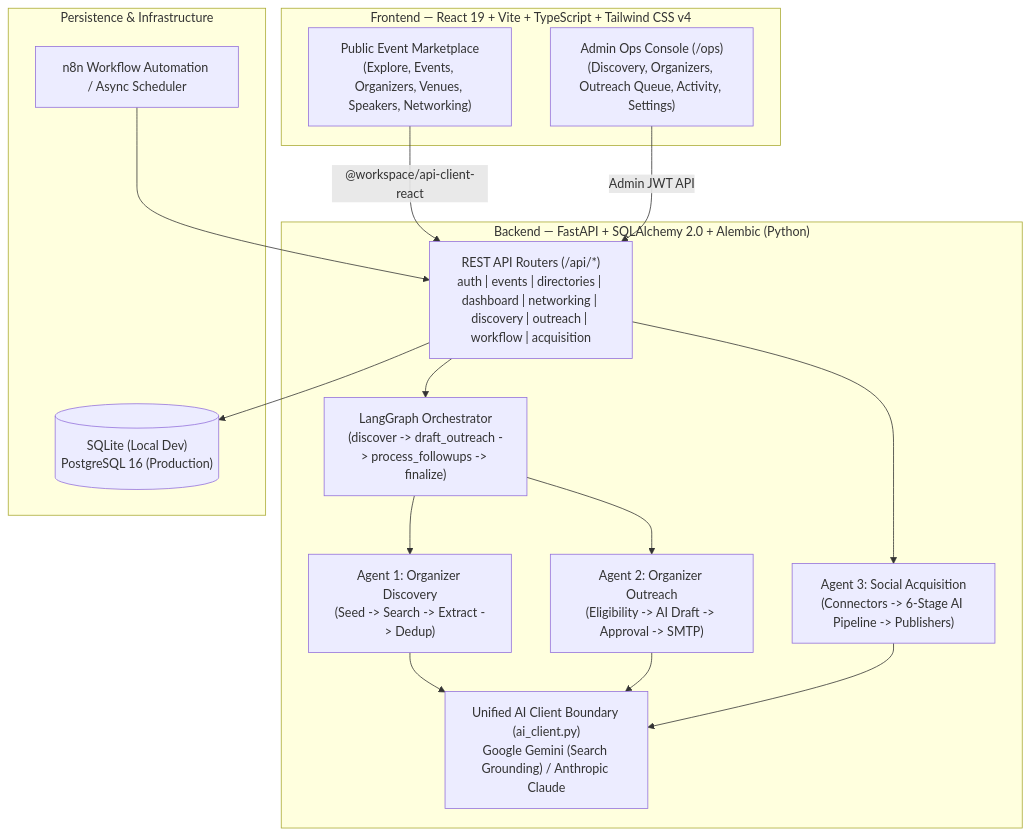
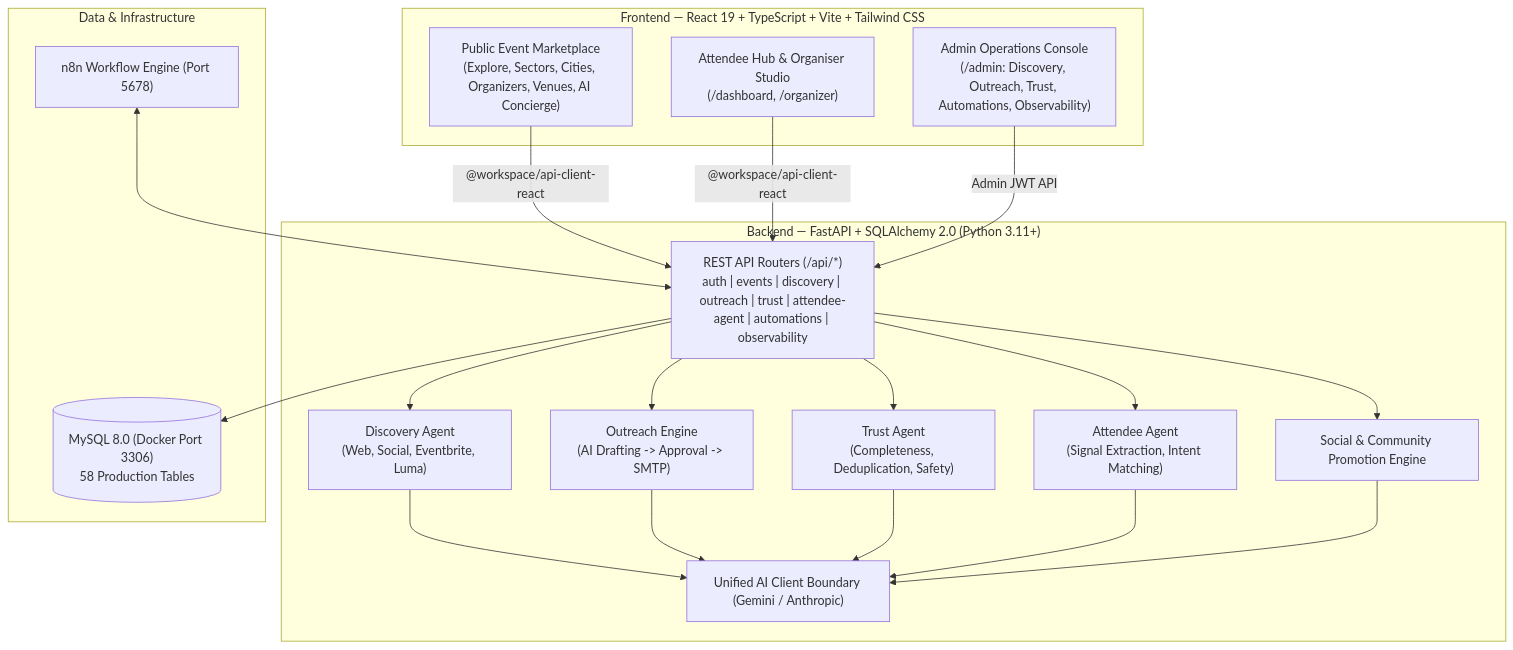
Before and after one commit to balaji-0001/100-Times-Event-Platform: the diagram in README.md, drawn with Mermaid. The commit also changed other lines of this file and 153 other files, not shown here.

Commit message:
feat: autonomous agents, MySQL 8.0 migration, automations, observability, and auth UX enhancements

````diff
--- a/README.md
+++ b/README.md
@@ -55,33 +58,39 @@
 ```mermaid
 flowchart TB
-    subgraph Frontend["Frontend — React 19 + Vite + TypeScript + Tailwind CSS v4"]
-        MP["Public Event Marketplace\n(Explore, Events, Organizers, Venues, Speakers, Networking)"]
-        OPS["Admin Ops Console (/ops)\n(Discovery, Organizers, Outreach Queue, Activity, Settings)"]
+    subgraph Frontend["Frontend — React 19 + TypeScript + Vite + Tailwind CSS"]
+        MP["Public Event Marketplace\n(Explore, Sectors, Cities, Organizers, Venues, AI Concierge)"]
+        HUB["Attendee Hub & Organiser Studio\n(/dashboard, /organizer)"]
+        ADMIN["Admin Operations Console\n(/admin: Discovery, Outreach, Trust, Automations, Observability)"]
     end
 
-    subgraph Backend["Backend — FastAPI + SQLAlchemy 2.0 + Alembic (Python)"]
-        API["REST API Routers (/api/*)\nauth | events | directories | dashboard | networking | discovery | outreach | workflow | acquisition"]
-        LG["LangGraph Orchestrator\n(discover -> draft_outreach -> process_followups -> finalize)"]
-        A1["Agent 1: Organizer Discovery\n(Seed -> Search -> Extract -> Dedup)"]
-        A2["Agent 2: Organizer Outreach\n(Eligibility -> AI Draft -> Approval -> SMTP)"]
-        A3["Agent 3: Social Acquisition\n(Connectors -> 6-Stage AI Pipeline -> Publishers)"]
-        LLM["Unified AI Client Boundary (ai_client.py)\nGoogle Gemini (Search Grounding) / Anthropic Claude"]
+    subgraph Backend["Backend — FastAPI + SQLAlchemy 2.0 (Python 3.11+)"]
+        API["REST API Routers (/api/*)\nauth | events | discovery | outreach | trust | attendee-agent | automations | observability"]
+        DISC["Discovery Agent\n(Web, Social, Eventbrite, Luma)"]
+        OUT["Outreach Engine\n(AI Drafting -> Approval -> SMTP)"]
+        TRUST["Trust Agent\n(Completeness, Deduplication, Safety)"]
+        ATT["Attendee Agent\n(Signal Extraction, Intent Matching)"]
+        SOC["Social & Community Promotion Engine"]
+        LLM["Unified AI Client Boundary (Gemini / Anthropic)"]
     end
 
-    subgraph Data["Persistence & Infrastructure"]
-        DB[("SQLite (Local Dev)\nPostgreSQL 16 (Production)")]
-        N8N["n8n Workflow Automation / Async Scheduler"]
+    subgraph Storage["Data & Infrastructure"]
+        MYSQL[("MySQL 8.0 (Docker Port 3306)\n58 Production Tables")]
+        N8N["n8n Workflow Engine (Port 5678)"]
     end
 
     MP -->|"@workspace/api-client-react"| API
-    OPS -->|"Admin JWT API"| API
-    API --> LG
-    LG --> A1
-    LG --> A2
-    API --> A3
-    A1 --> LLM
-    A2 --> LLM
-    A3 --> LLM
-    API --> DB
-    N8N --> API
+    HUB -->|"@workspace/api-client-react"| API
+    ADMIN -->|"Admin JWT API"| API
+    API --> DISC
+    API --> OUT
+    API --> TRUST
+    API --> ATT
+    API --> SOC
+    DISC --> LLM
+    OUT --> LLM
+    TRUST --> LLM
+    ATT --> LLM
+    SOC --> LLM
+    API --> MYSQL
+    N8N <--> API
 ```
````
